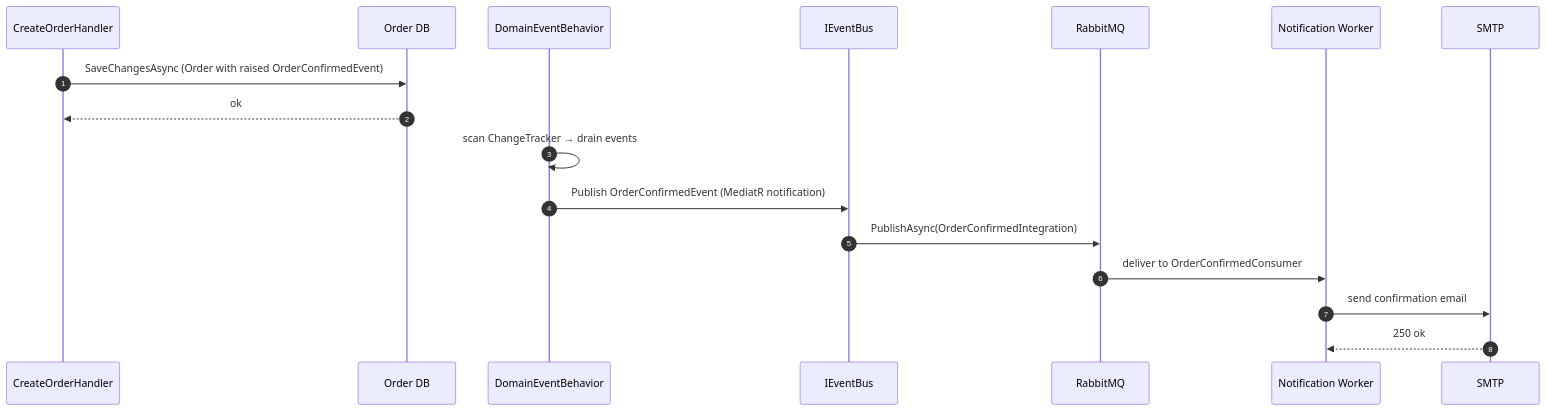
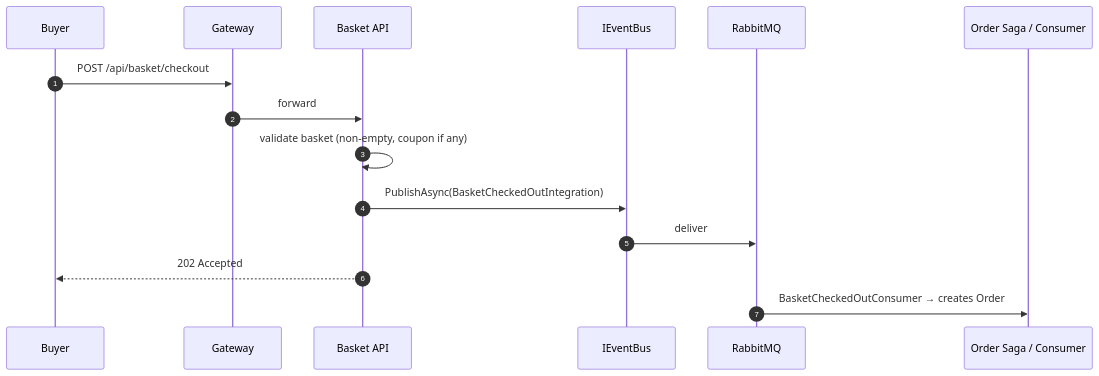
One commit to 4bitsteams/B2B-Microservice-Modern-Architecture changed the second of 2 diagrams in docs/LLD.md. Above: the diagram before and after it, drawn with Mermaid. The commit also changed other lines of this file and 27 other files, not shown here.

````diff
--- a/docs/LLD.md
+++ b/docs/LLD.md
@@ -459,20 +358,18 @@
 ```mermaid
 sequenceDiagram
   autonumber
-  participant OH as CreateOrderHandler
-  participant DB as Order DB
-  participant DEB as DomainEventBehavior
+  participant Buyer
+  participant GW as Gateway
+  participant Ba as Basket API
   participant Bus as IEventBus
   participant RMQ as RabbitMQ
-  participant NW as Notification Worker
-  participant SMTP
+  participant Or as Order Saga / Consumer
 
-  OH->>DB: SaveChangesAsync (Order with raised OrderConfirmedEvent)
-  DB-->>OH: ok
-  DEB->>DEB: scan ChangeTracker → drain events
-  DEB->>Bus: Publish OrderConfirmedEvent (MediatR notification)
-  Bus->>RMQ: PublishAsync(OrderConfirmedIntegration)
-  RMQ->>NW: deliver to OrderConfirmedConsumer
-  NW->>SMTP: send confirmation email
-  SMTP-->>NW: 250 ok
+  Buyer->>GW: POST /api/basket/checkout
+  GW->>Ba: forward
+  Ba->>Ba: validate basket (non-empty, coupon if any)
+  Ba->>Bus: PublishAsync(BasketCheckedOutIntegration)
+  Bus->>RMQ: deliver
+  Ba-->>Buyer: 202 Accepted
+  RMQ->>Or: BasketCheckedOutConsumer → creates Order
 ```
````
